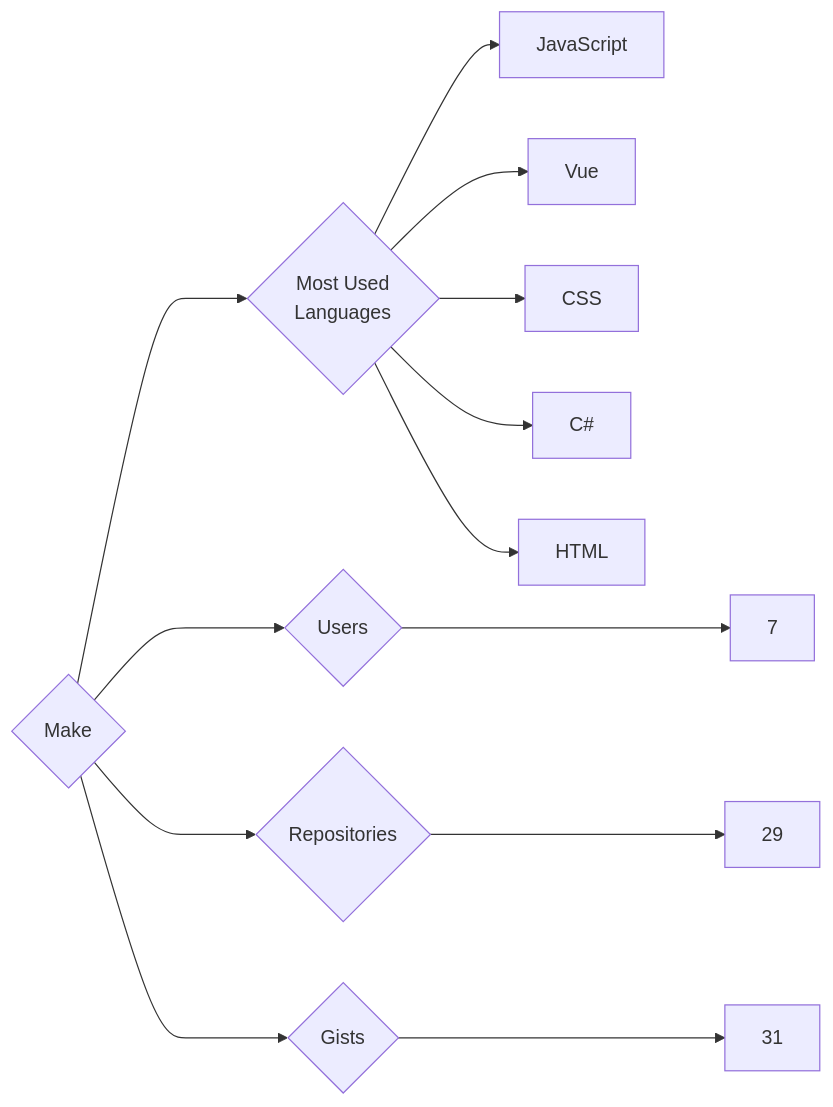
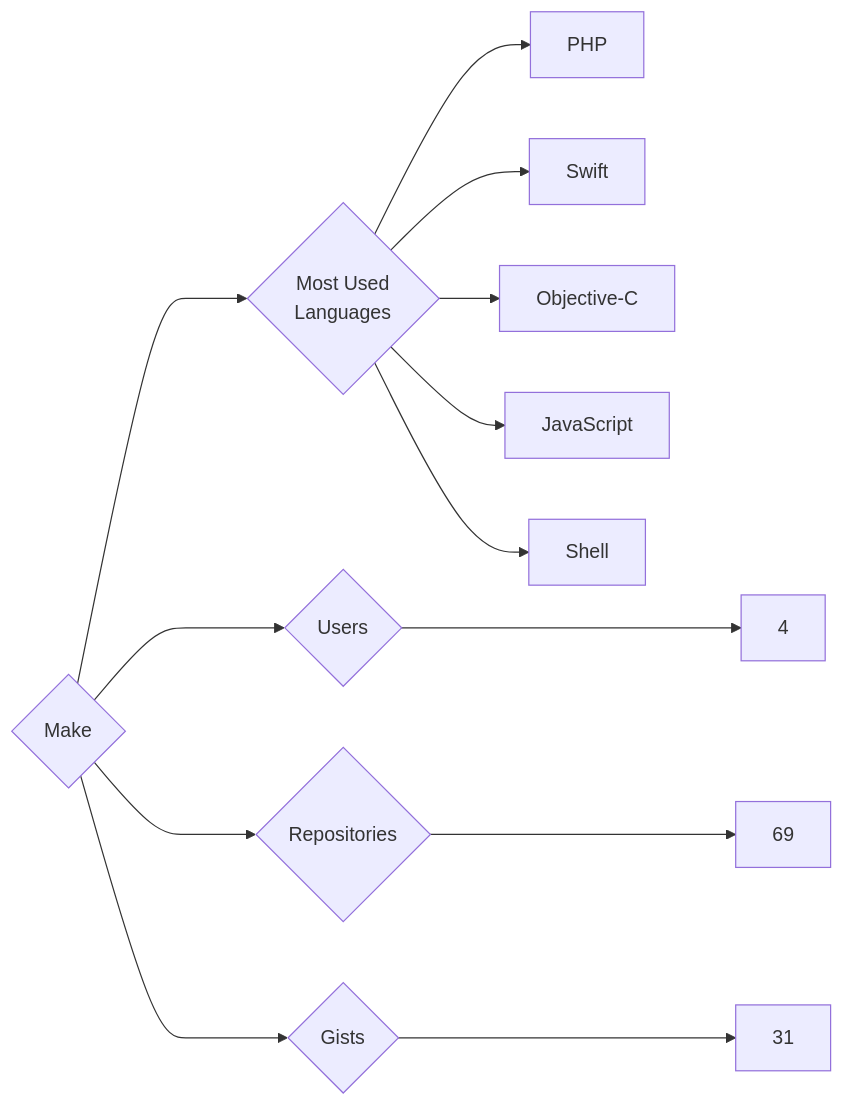
One commit to trickest/insiders changed the diagram in targets/Make/README.md. Above: the diagram before and after it, drawn with Mermaid. The commit also changed 1248 other files, not shown here.

````diff
--- a/targets/Make/README.md
+++ b/targets/Make/README.md
@@ -3,13 +3,13 @@
 ```mermaid
 graph LR
 COMPANY_NAME{Make}
-COMPANY_NAME ---> U{Users} ---> UN[7]
-COMPANY_NAME ---> R{Repositories} ---> RN[29]
+COMPANY_NAME ---> U{Users} ---> UN[4]
+COMPANY_NAME ---> R{Repositories} ---> RN[69]
 COMPANY_NAME ---> G{Gists} ---> GN[31]
 COMPANY_NAME ---> ML{Most Used<br>Languages}
+ML --> PHP[PHP]
+ML --> Swift[Swift]
+ML --> Objective-C[Objective-C]
 ML --> JavaScript[JavaScript]
-ML --> Vue[Vue]
-ML --> CSS[CSS]
-ML --> C#[C#]
-ML --> HTML[HTML]
+ML --> Shell[Shell]
 ```
````
